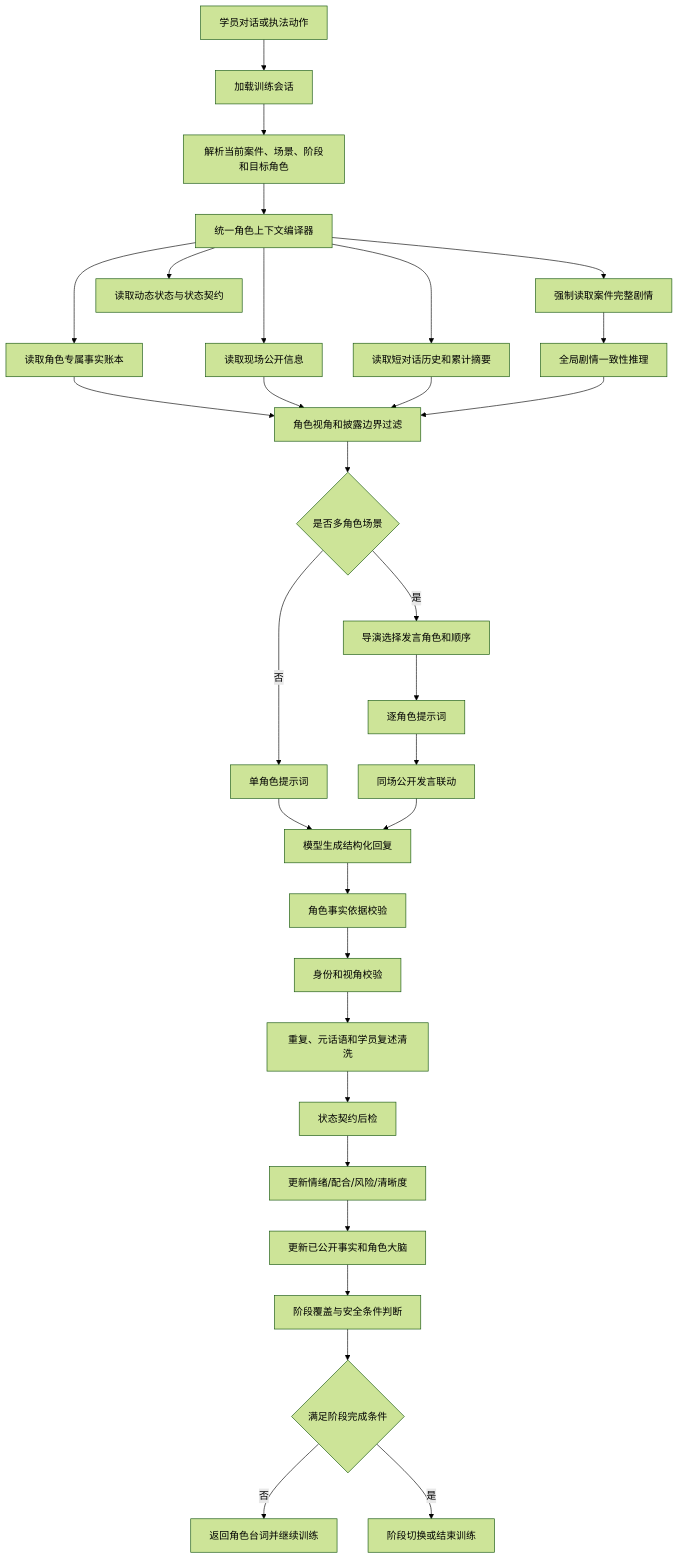
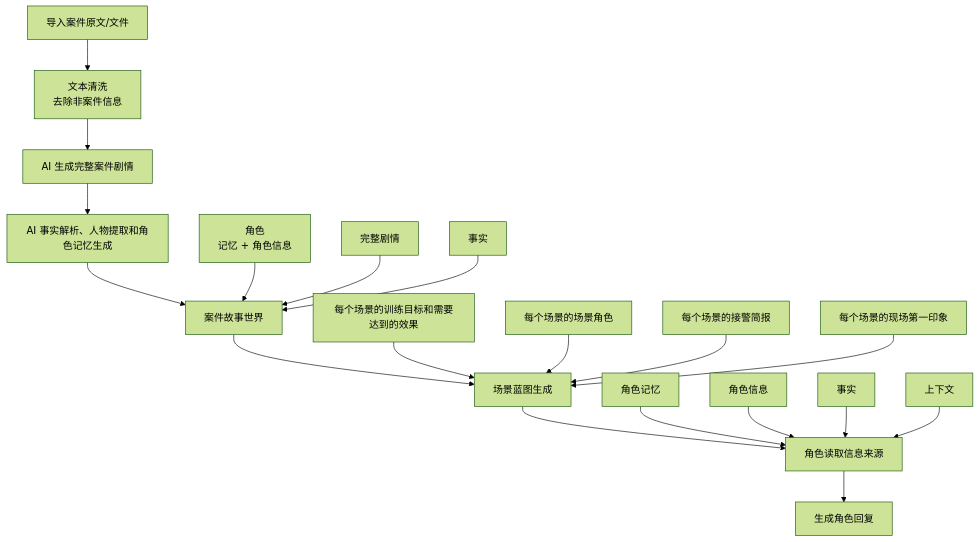
Before and after one commit to wululu666906/ai-police-train: the diagram in docs/案件场景与角色生成完整流程.md, drawn with Mermaid (forest theme). The commit also changed other lines of this file and 72 other files, not shown here.

````diff
--- a/docs/案件场景与角色生成完整流程.md
+++ b/docs/案件场景与角色生成完整流程.md
@@ -53,33 +5,24 @@
 ```mermaid
 flowchart TD
-    A[学员对话或执法动作] --> B[加载训练会话]
-    B --> C[解析当前案件、场景、阶段和目标角色]
-    C --> D[统一角色上下文编译器]
-    D --> E1[强制读取案件完整剧情]
-    D --> E2[读取角色专属事实账本]
-    D --> E3[读取现场公开信息]
-    D --> E4[读取短对话历史和累计摘要]
-    D --> E5[读取动态状态与状态契约]
-    E1 --> F[全局剧情一致性推理]
-    E2 --> G[角色视角和披露边界过滤]
-    E3 --> G
-    E4 --> G
-    F --> G
-    G --> H{是否多角色场景}
-    H -->|否| I[单角色提示词]
-    H -->|是| J[导演选择发言角色和顺序]
-    J --> K[逐角色提示词]
-    K --> L[同场公开发言联动]
-    I --> M[模型生成结构化回复]
-    L --> M
-    M --> N[角色事实依据校验]
-    N --> O[身份和视角校验]
-    O --> P[重复、元话语和学员复述清洗]
-    P --> Q[状态契约后检]
-    Q --> R[更新情绪/配合/风险/清晰度]
-    R --> S[更新已公开事实和角色大脑]
-    S --> T[阶段覆盖与安全条件判断]
-    T --> U{满足阶段完成条件}
-    U -->|否| V[返回角色台词并继续训练]
-    U -->|是| W[阶段切换或结束训练]
+    A[导入案件原文/文件] --> B[文本清洗<br/>去除非案件信息]
+    B --> C[AI 生成完整案件剧情]
+    C --> D[AI 事实解析、人物提取和角色记忆生成]
+    D --> E[案件故事世界]
+    E --> F[场景蓝图生成]
+    F --> G[角色读取信息来源]
+    G --> H[生成角色回复]
+
+    E1[角色<br/>记忆 + 角色信息] --> E
+    E2[完整剧情] --> E
+    E3[事实] --> E
+
+    F1[每个场景的训练目标和需要达到的效果] --> F
+    F2[每个场景的场景角色] --> F
+    F3[每个场景的接警简报] --> F
+    F4[每个场景的现场第一印象] --> F
+
+    G1[角色记忆] --> G
+    G2[角色信息] --> G
+    G3[事实] --> G
+    G4[上下文] --> G
 ```
````
